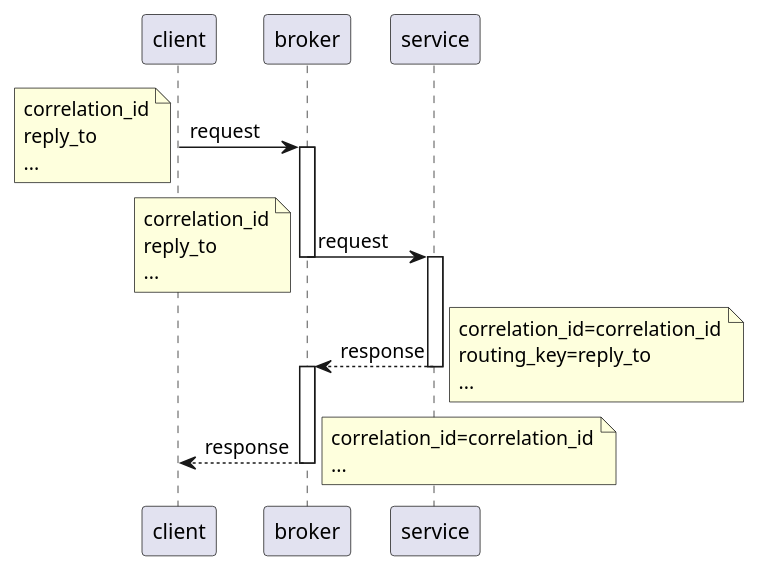
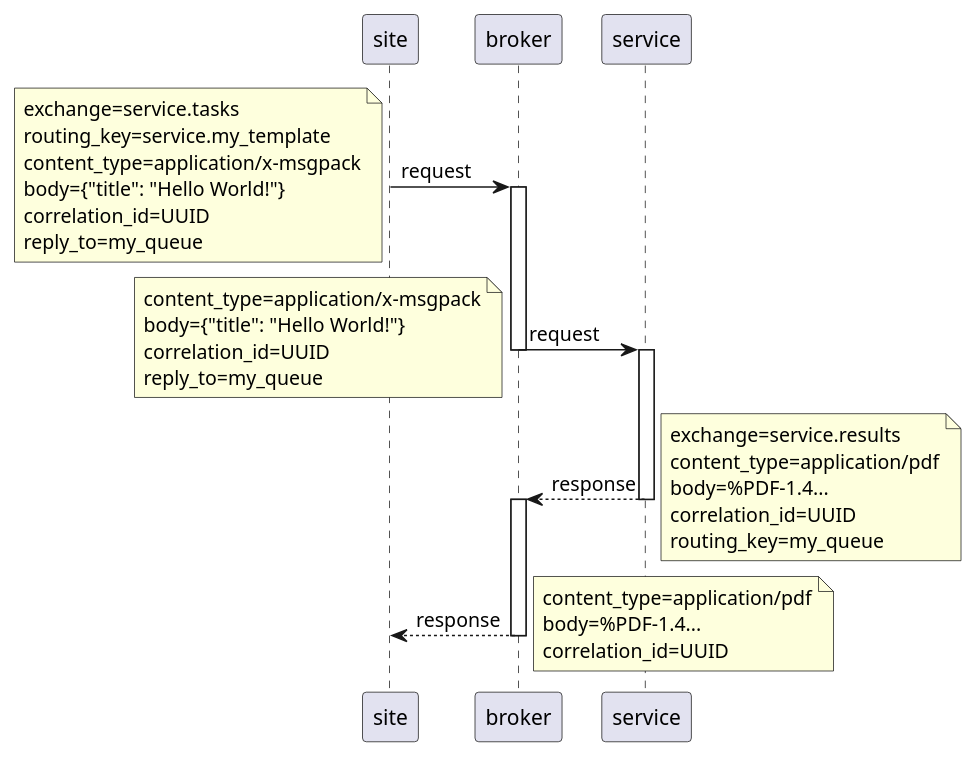
Before and after one commit to jfroche/collective.zamqp: the second of 2 diagrams in src/collective/zamqp/introduction.rst, drawn with PlantUML. The commit also changed other lines of this file and 2 other files, not shown here.

```diff
--- a/src/collective/zamqp/introduction.rst
+++ b/src/collective/zamqp/introduction.rst
@@ -31,38 +103,45 @@
 .. uml::
 
-   client -> broker: request
+   site -> broker: request
    activate broker
 
    note left
-       correlation_id
-       reply_to
-       ...
+       exchange=service.tasks
+       routing_key=service.my_template
+       content_type=application/x-msgpack
+       body={"title": "Hello World!"}
+       correlation_id=UUID
+       reply_to=my_queue
    end note
 
    broker -> service: request
    deactivate broker
    activate service
 
    note left
-       correlation_id
-       reply_to
-       ...
+       content_type=application/x-msgpack
+       body={"title": "Hello World!"}
+       correlation_id=UUID
+       reply_to=my_queue
    end note
 
    service --> broker: response
    deactivate service
    activate broker
 
    note right
-       correlation_id=correlation_id
-       routing_key=reply_to
-       ...
+       exchange=service.results
+       content_type=application/pdf
+       body=%PDF-1.4...
+       correlation_id=UUID
+       routing_key=my_queue
    end note
 
-   broker --> client: response
+   broker --> site: response
    deactivate broker
 
    note right
-       correlation_id=correlation_id
-       ...
+       content_type=application/pdf
+       body=%PDF-1.4...
+       correlation_id=UUID
    end note
```
